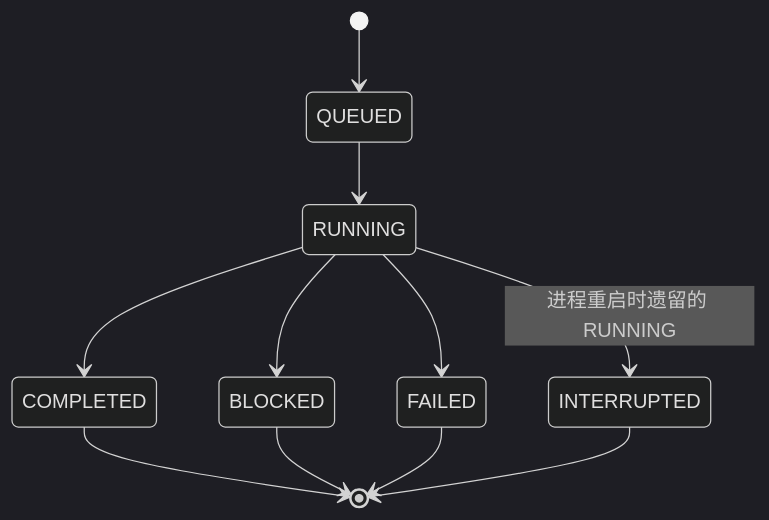
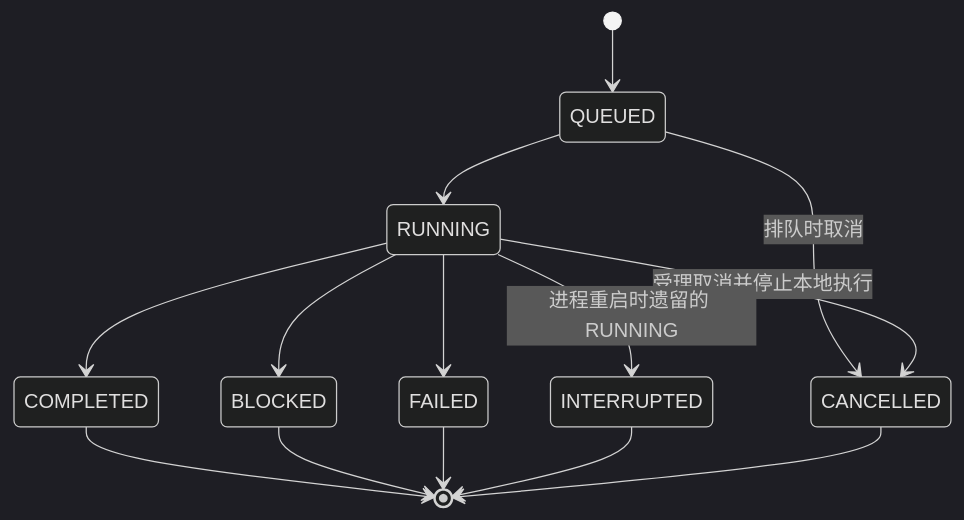
The third of 4 diagrams in docs/architecture.md (wynxing/paper-evidence-agent), drawn with Mermaid (dark theme) before and after one commit. The commit also changed other lines of this file and 6 other files, not shown here.

````diff
--- a/docs/architecture.md
+++ b/docs/architecture.md
@@ -99,13 +100,16 @@
 ```mermaid
 stateDiagram-v2
     [*] --> QUEUED
     QUEUED --> RUNNING
+    QUEUED --> CANCELLED: 排队时取消
+    RUNNING --> CANCELLED: 受理取消并停止本地执行
     RUNNING --> COMPLETED
     RUNNING --> BLOCKED
     RUNNING --> FAILED
     RUNNING --> INTERRUPTED: 进程重启时遗留的 RUNNING
     COMPLETED --> [*]
     BLOCKED --> [*]
     FAILED --> [*]
     INTERRUPTED --> [*]
+    CANCELLED --> [*]
 ```
````
